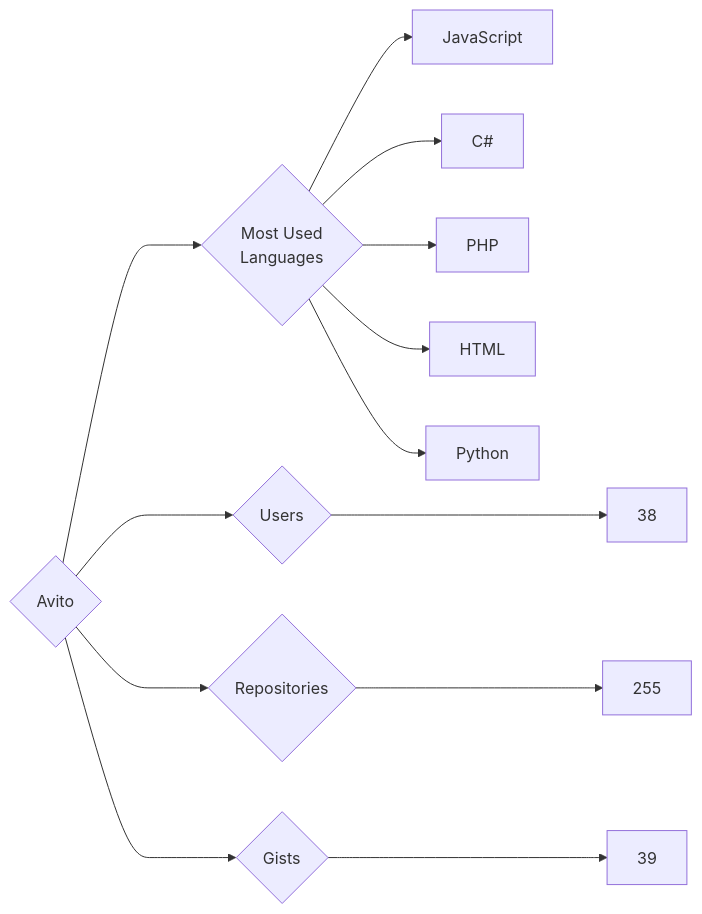
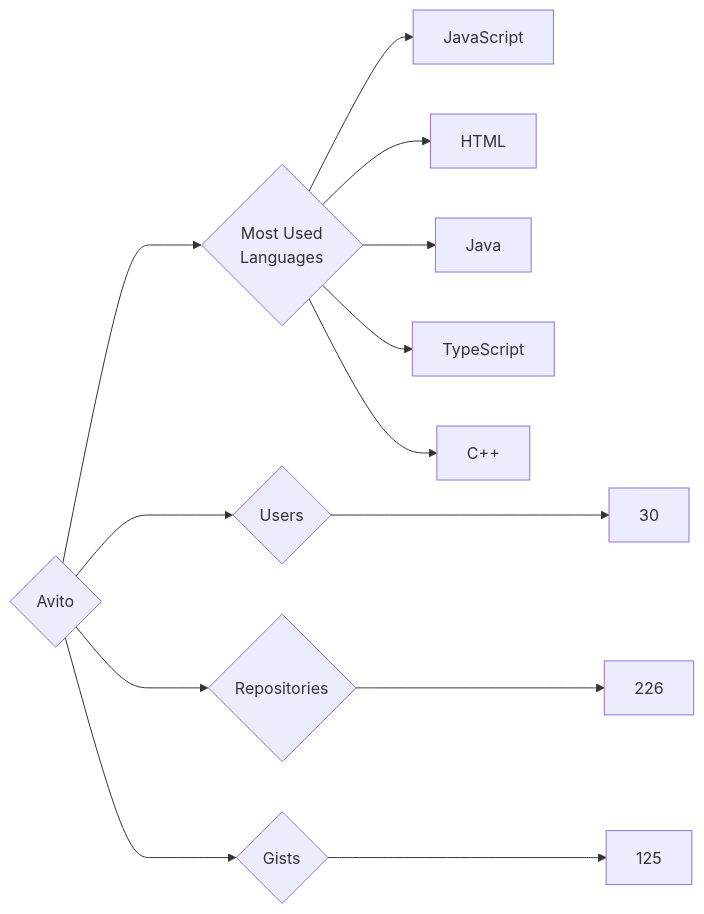
Before and after one commit to trickest/insiders: the diagram in targets/Avito/README.md, drawn with Mermaid. The commit also changed 916 other files, not shown here.

````diff
--- a/targets/Avito/README.md
+++ b/targets/Avito/README.md
@@ -3,13 +3,13 @@
 ```mermaid
 graph LR
 COMPANY_NAME{Avito}
-COMPANY_NAME ---> U{Users} ---> UN[38]
-COMPANY_NAME ---> R{Repositories} ---> RN[255]
-COMPANY_NAME ---> G{Gists} ---> GN[39]
+COMPANY_NAME ---> U{Users} ---> UN[30]
+COMPANY_NAME ---> R{Repositories} ---> RN[226]
+COMPANY_NAME ---> G{Gists} ---> GN[125]
 COMPANY_NAME ---> ML{Most Used<br>Languages}
 ML --> JavaScript[JavaScript]
-ML --> C#[C#]
-ML --> PHP[PHP]
 ML --> HTML[HTML]
-ML --> Python[Python]
+ML --> Java[Java]
+ML --> TypeScript[TypeScript]
+ML --> C++[C++]
 ```
````
